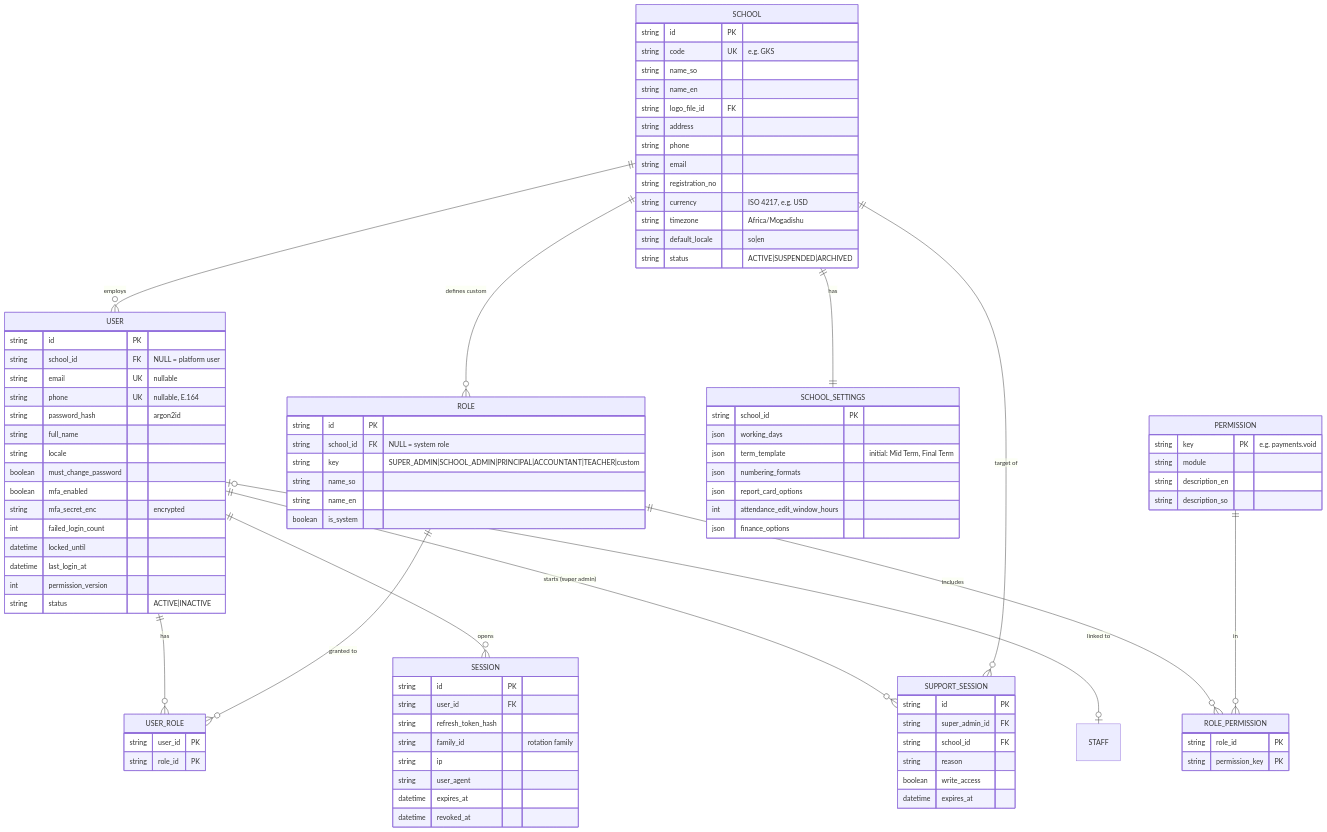
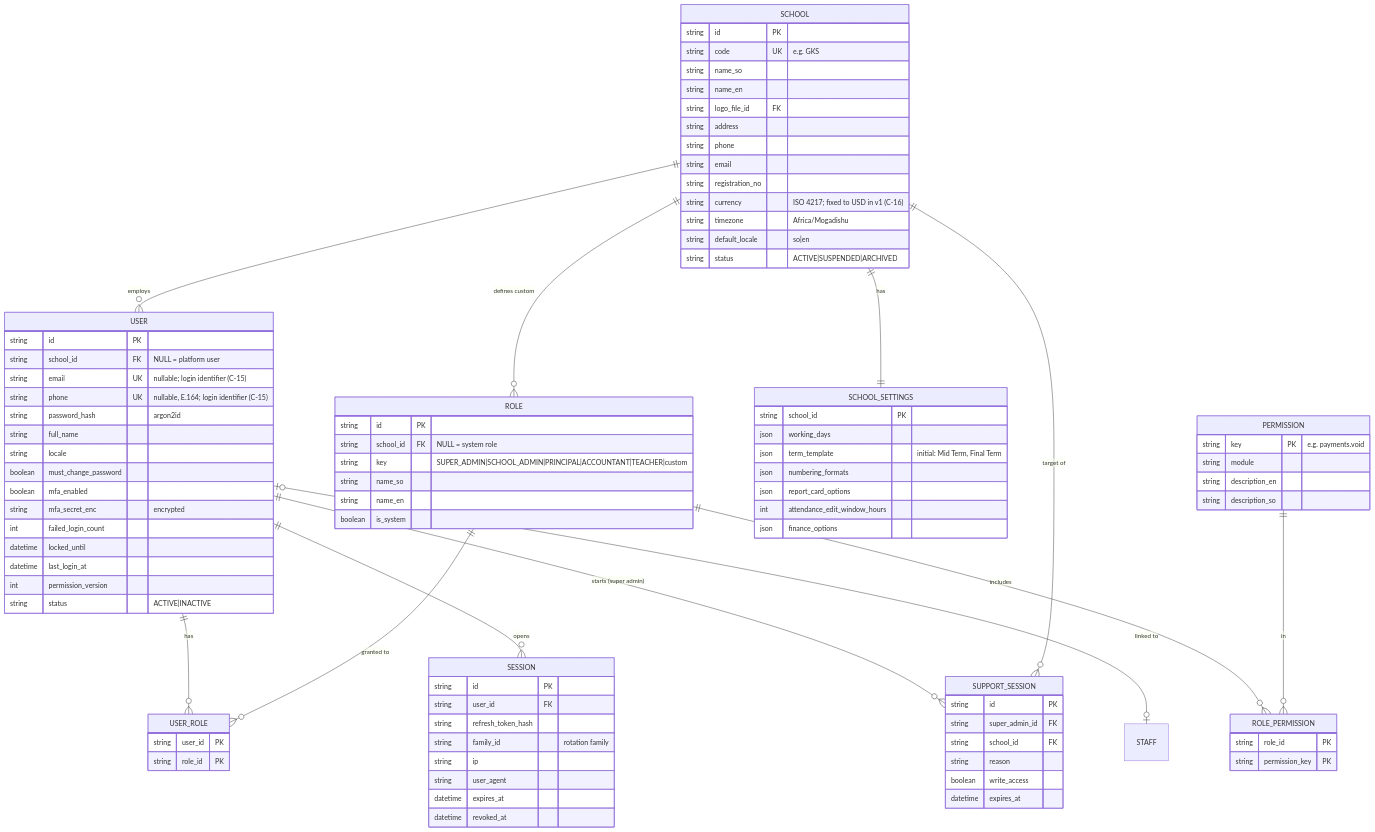
One commit to ismacil87/Gol-khatumo changed the second of 10 diagrams in docs/phase-1/03-database-erd.md. Above: the diagram before and after it, drawn with Mermaid. The commit also changed other lines of this file and 8 other files, not shown here.

```diff
--- a/docs/phase-1/03-database-erd.md
+++ b/docs/phase-1/03-database-erd.md
@@ -58,7 +58,7 @@
     string phone
     string email
     string registration_no
-    string currency "ISO 4217, e.g. USD"
+    string currency "ISO 4217; fixed to USD in v1 (C-16)"
     string timezone "Africa/Mogadishu"
     string default_locale "so|en"
     string status "ACTIVE|SUSPENDED|ARCHIVED"
@@ -75,8 +75,8 @@
   USER {
     string id PK
     string school_id FK "NULL = platform user"
-    string email UK "nullable"
-    string phone UK "nullable, E.164"
+    string email UK "nullable; login identifier (C-15)"
+    string phone UK "nullable, E.164; login identifier (C-15)"
     string password_hash "argon2id"
     string full_name
     string locale
```
